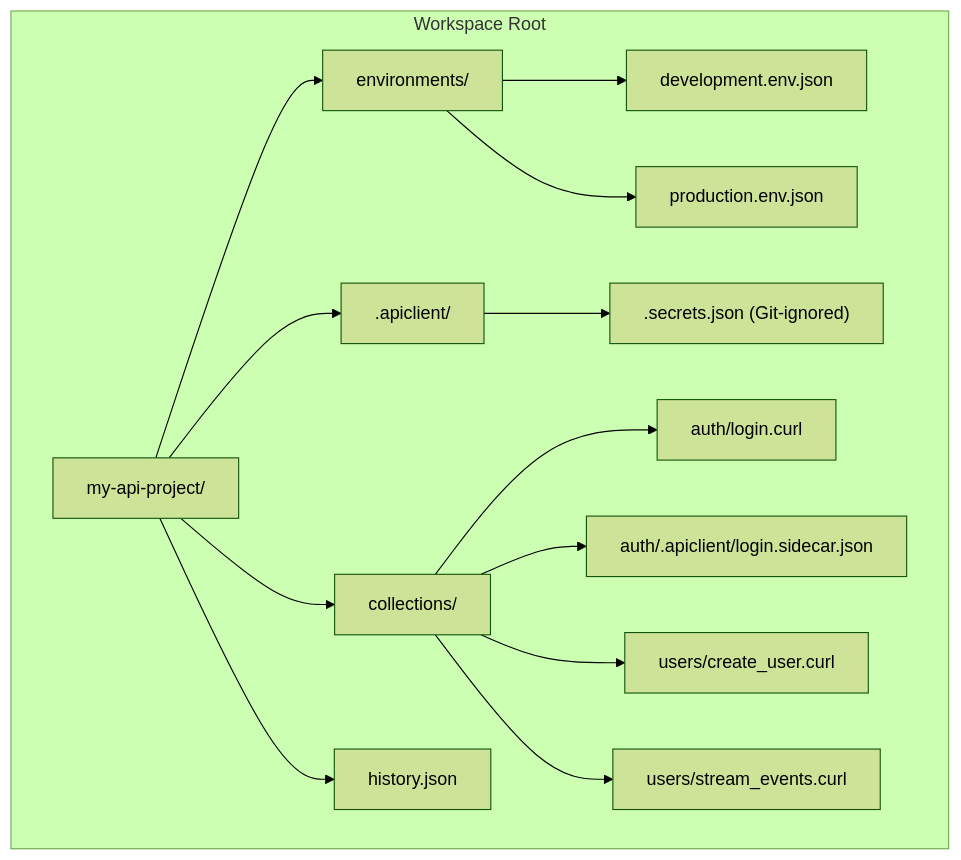
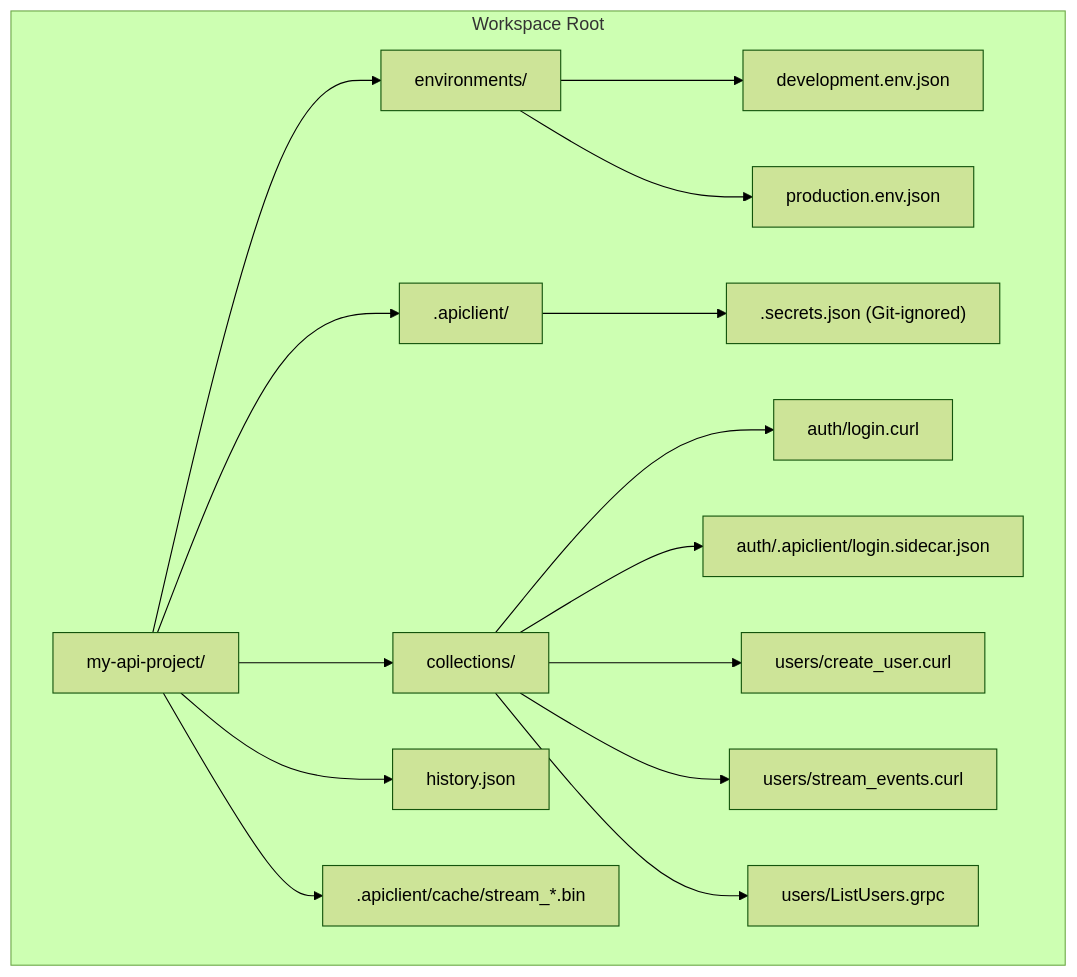
The diagram in README.md (theankitgaurav/api-client-reborn), drawn with Mermaid (forest theme) before and after one commit. The commit also changed other lines of this file and 11 other files, not shown here.

````diff
--- a/README.md
+++ b/README.md
@@ -109,16 +116,18 @@
 ```mermaid
 graph TD
   subgraph Workspace Root
     A["my-api-project/"] --> B["environments/"]
     B --> B1["development.env.json"]
     B --> B2["production.env.json"]
     A --> C[".apiclient/"]
     C --> C1[".secrets.json (Git-ignored)"]
     A --> D["collections/"]
     D --> D1["auth/login.curl"]
     D --> D2["auth/.apiclient/login.sidecar.json"]
     D --> D3["users/create_user.curl"]
     D --> D4["users/stream_events.curl"]
+    D --> D5["users/ListUsers.grpc"]
     A --> E["history.json"]
+    A --> F[".apiclient/cache/stream_*.bin"]
   end
 ```
````
